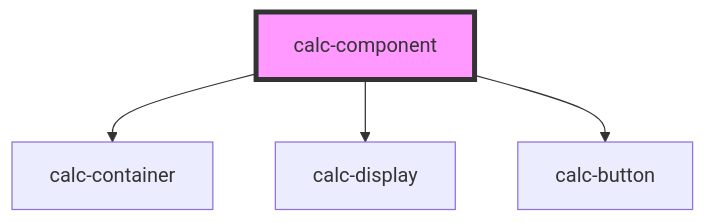
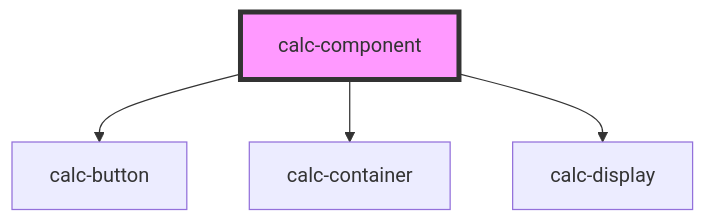
The diagram in src/components/calc-component/readme.md (Alan-Fedrizzi/calc), drawn with Mermaid before and after one commit. The commit also changed other lines of this file and 1 other file, not shown here.

````diff
--- a/src/components/calc-component/readme.md
+++ b/src/components/calc-component/readme.md
@@ -24,7 +24,7 @@
 ```mermaid
 graph TD;
+  calc-component --> calc-button
   calc-component --> calc-container
   calc-component --> calc-display
-  calc-component --> calc-button
   style calc-component fill:#f9f,stroke:#333,stroke-width:4px
 ```
````
